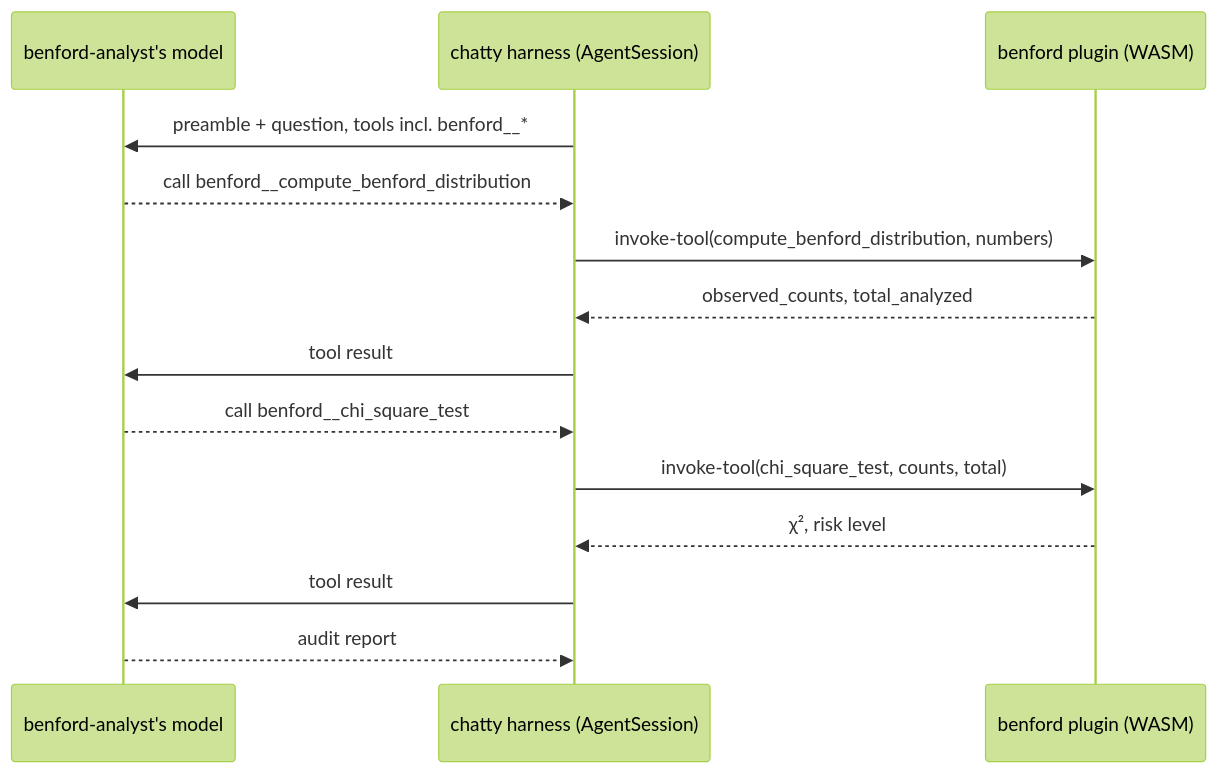
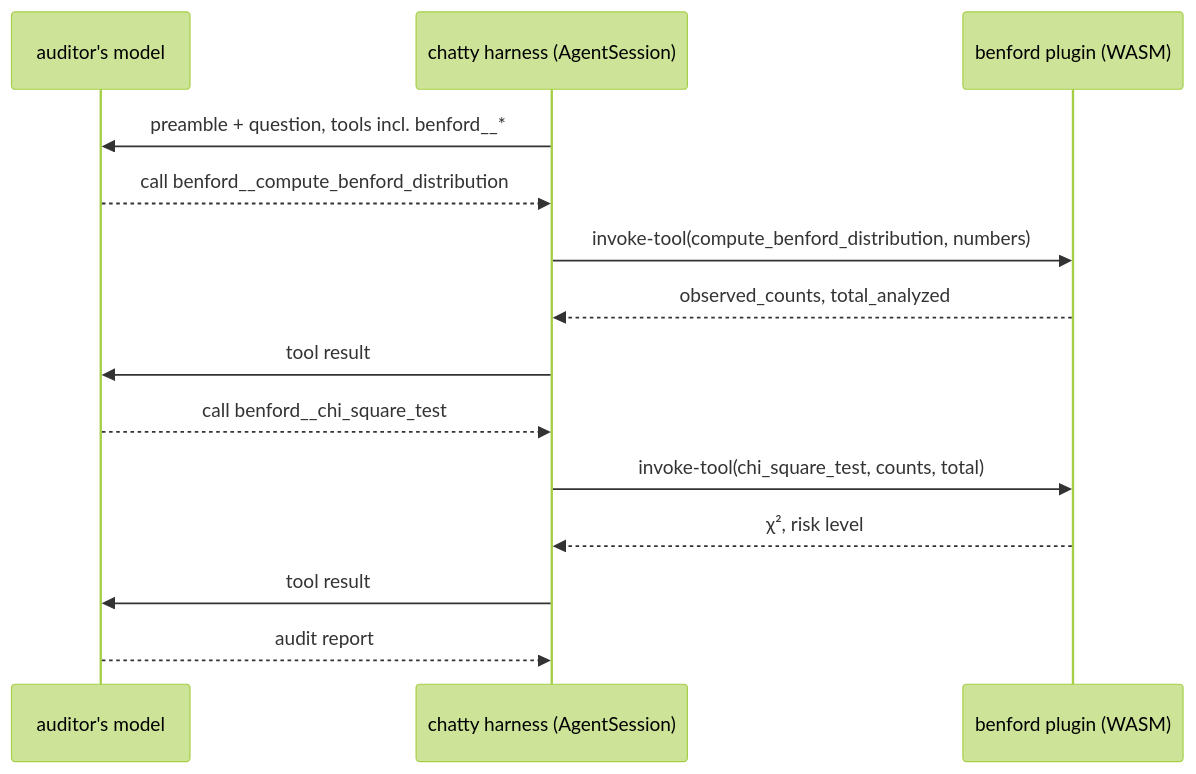
The diagram in docs-site/src/dev/start/tutorial-benford-agent.md (boersmamarcel/chatty2), drawn with Mermaid (forest theme) before and after one commit. The commit also changed other lines of this file and 61 other files, not shown here.

````diff
--- a/docs-site/src/dev/start/tutorial-benford-agent.md
+++ b/docs-site/src/dev/start/tutorial-benford-agent.md
@@ -32,17 +31,17 @@
 ```mermaid
 sequenceDiagram
-  participant Model as benford-analyst's model
+  participant Model as auditor's model
   participant Harness as chatty harness (AgentSession)
   participant Plugin as benford plugin (WASM)
 
   Harness->>Model: preamble + question, tools incl. benford__*
   Model-->>Harness: call benford__compute_benford_distribution
   Harness->>Plugin: invoke-tool(compute_benford_distribution, numbers)
   Plugin-->>Harness: observed_counts, total_analyzed
   Harness->>Model: tool result
   Model-->>Harness: call benford__chi_square_test
   Harness->>Plugin: invoke-tool(chi_square_test, counts, total)
   Plugin-->>Harness: χ², risk level
   Harness->>Model: tool result
   Model-->>Harness: audit report
 ```
````
